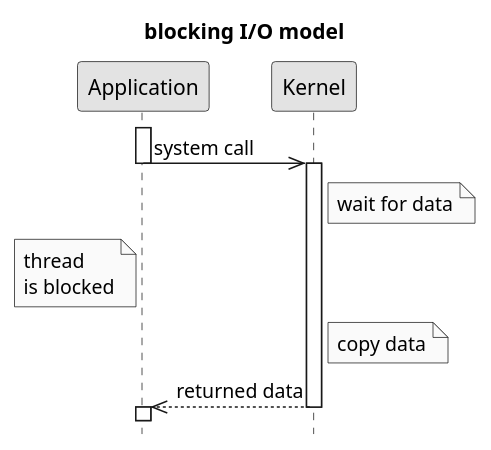
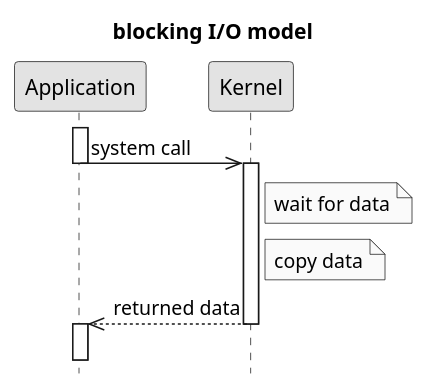
One commit to c0p4c4b4n4/demo-sockets-io-nio-nio2 changed the diagram in .images/blocking IO model.puml. Above: the diagram before and after it, drawn with PlantUML. The commit also changed 3 other files, not shown here.

```diff
--- a/.images/blocking IO model.puml
+++ b/.images/blocking IO model.puml
@@ -1,16 +1,16 @@
 @startuml
 title blocking I/O model
 hide footbox
 skinparam monochrome true
 skinparam shadowing false
 activate Application
 Application->>Kernel: system call
 deactivate Application
 activate Kernel
 Note right of Kernel: wait for data
-Note left of Application: thread\nis blocked
 Note right of Kernel: copy data
 Kernel-->>Application: returned data
 deactivate Kernel
 activate Application
+||15||
 @enduml
```
